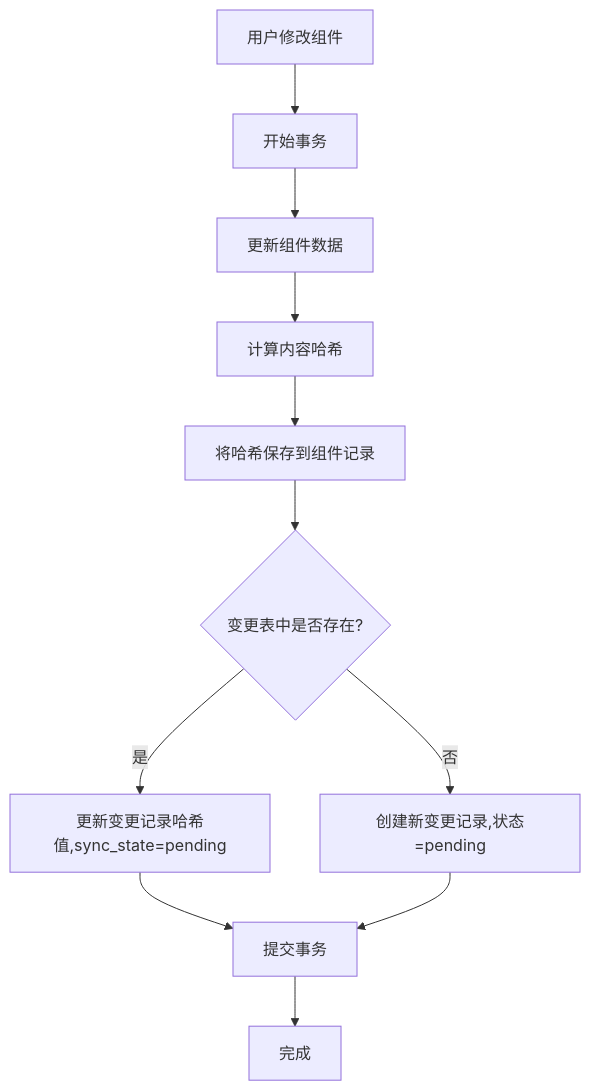
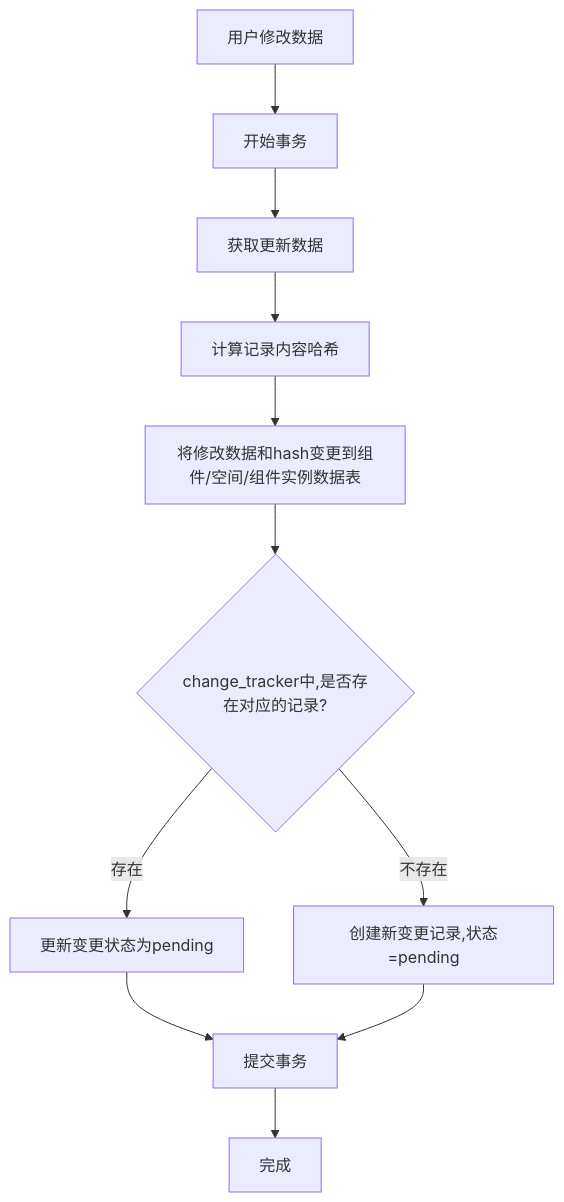
One commit to yingjianzh/iodraw-files changed the diagram in all/未命名-43.md. Above: the diagram before and after it, drawn with Mermaid.

Commit message:
2025-04-25 18:08:06 update

````diff
--- a/all/未命名-43.md
+++ b/all/未命名-43.md
@@ -1,17 +1,18 @@
 ```mermaid
 
 flowchart TD
-    Start[用户修改组件] --> StartTransaction[开始事务]
-    StartTransaction --> UpdateComponent[更新组件数据]
-    UpdateComponent --> CalcHash[计算内容哈希]
-    CalcHash --> SaveHash[将哈希保存到组件记录]
-    SaveHash --> CheckExists{变更表中是否存在?}
+    Start[用户修改数据] --> StartTransaction[开始事务]
+    StartTransaction --> UpdateRecord[获取更新数据]
+    UpdateRecord --> ComputeHash[计算记录内容哈希]
+    ComputeHash --> SaveHash[将修改数据和hash变更到组件/空间/组件实例数据表]
+    SaveHash --> CheckChangeExists{change_tracker中,是否存在对应的记录?}
+
+    CheckChangeExists -- 存在 --> UpdateChange[更新变更状态为pending]
+    CheckChangeExists -- 不存在 --> CreateChange[创建新变更记录,状态=pending]
     
-    CheckExists -- 是 --> UpdateChange[更新变更记录哈希值,sync_state=pending]
-    CheckExists -- 否 --> CreateChange[创建新变更记录,状态=pending]
     
     UpdateChange --> CommitTransaction[提交事务]
     CreateChange --> CommitTransaction
     CommitTransaction --> End[完成]
 
 ```
````
